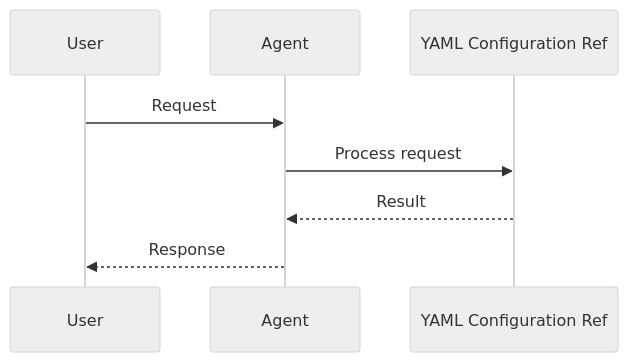
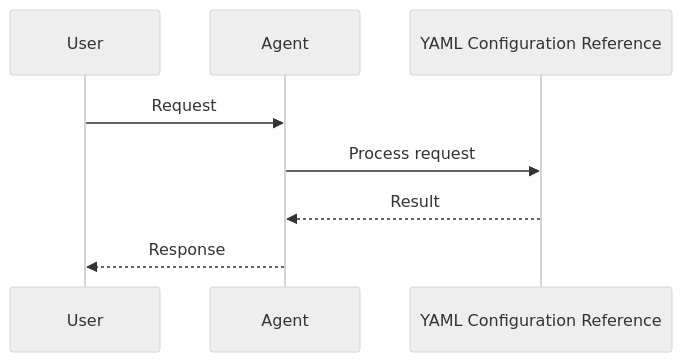
One commit to MervinPraison/PraisonAIDocs changed the fourth of 6 diagrams in docs/features/yaml-configuration-reference.mdx. Above: the diagram before and after it, drawn with Mermaid (neutral theme). The commit also changed 45 other files, not shown here.

First line of the commit message:
docs: fix truncated Mermaid diagram feature names (22-char cutoff)

````diff
--- a/docs/features/yaml-configuration-reference.mdx
+++ b/docs/features/yaml-configuration-reference.mdx
@@ -221,11 +221,11 @@
 ```mermaid
 sequenceDiagram
     participant User
     participant Agent
-    participant Feature as YAML Configuration Ref
+    participant Feature as YAML Configuration Reference
 
     User->>Agent: Request
     Agent->>Feature: Process request
     Feature-->>Agent: Result
     Agent-->>User: Response
 ```
````
